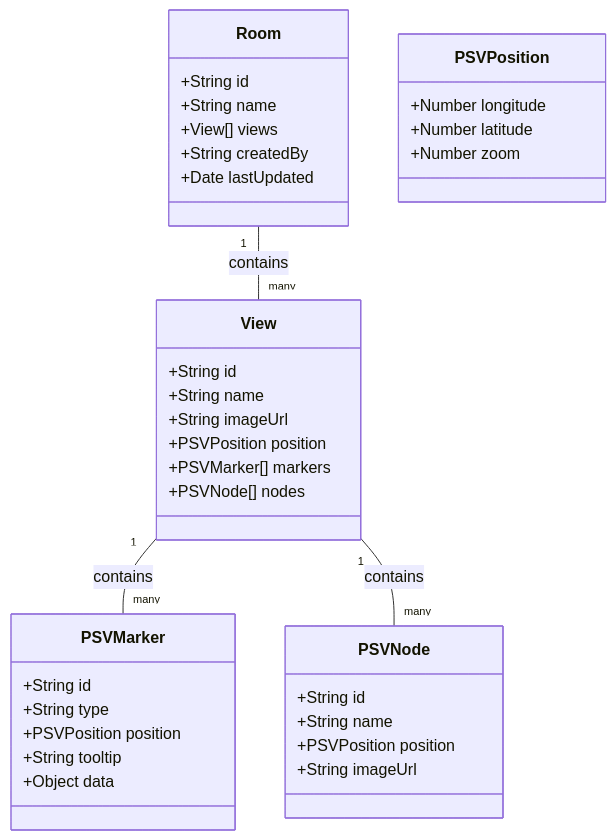
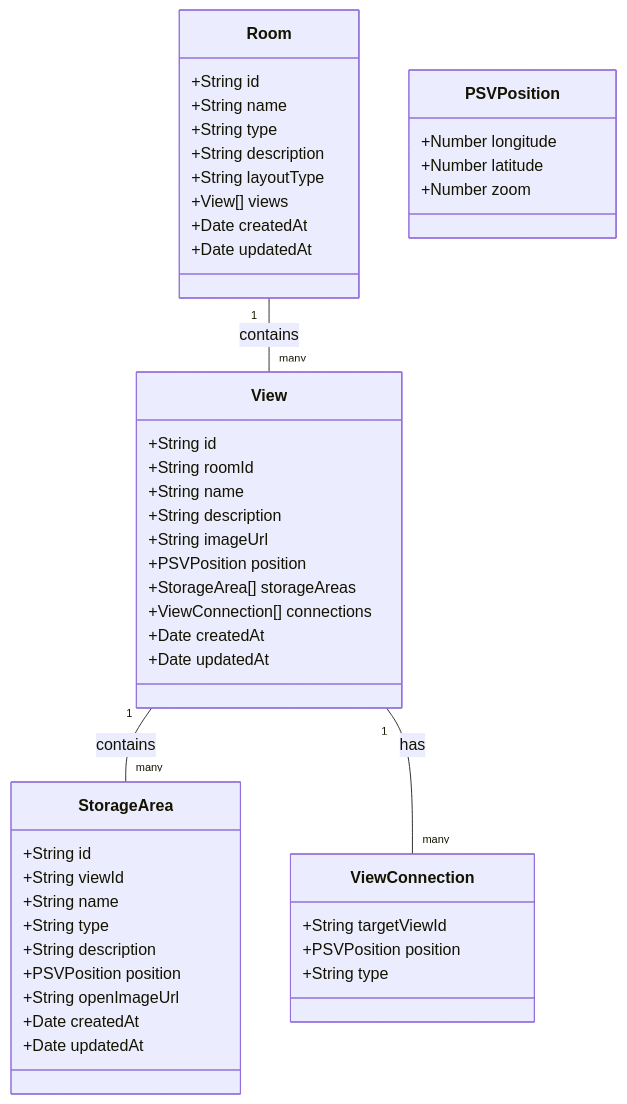
Before and after one commit to straiforos/kitchen-360: the first of 9 diagrams in docs/ARCHITECTURE.md, drawn with Mermaid. The commit also changed other lines of this file and 1 other file, not shown here.

First line of the commit message:
Enhance architecture documentation with StorageArea and ViewConnection models

````diff
--- a/docs/ARCHITECTURE.md
+++ b/docs/ARCHITECTURE.md
@@ -44,44 +44,54 @@
 ```mermaid
 classDiagram
     class Room {
         +String id
         +String name
+        +String type
+        +String description
+        +String layoutType
         +View[] views
-        +String createdBy
-        +Date lastUpdated
+        +Date createdAt
+        +Date updatedAt
     }
 
     class View {
         +String id
+        +String roomId
         +String name
+        +String description
         +String imageUrl
         +PSVPosition position
-        +PSVMarker[] markers
-        +PSVNode[] nodes
+        +StorageArea[] storageAreas
+        +ViewConnection[] connections
+        +Date createdAt
+        +Date updatedAt
+    }
+
+    class StorageArea {
+        +String id
+        +String viewId
+        +String name
+        +String type
+        +String description
+        +PSVPosition position
+        +String openImageUrl
+        +Date createdAt
+        +Date updatedAt
     }
 
     class PSVPosition {
         +Number longitude
         +Number latitude
         +Number zoom
     }
 
-    class PSVNode {
-        +String id
-        +String name
+    class ViewConnection {
+        +String targetViewId
         +PSVPosition position
-        +String imageUrl
-    }
-
-    class PSVMarker {
-        +String id
         +String type
-        +PSVPosition position
-        +String tooltip
-        +Object data
     }
 
     Room "1" -- "many" View : contains
-    View "1" -- "many" PSVMarker : contains
-    View "1" -- "many" PSVNode : contains
+    View "1" -- "many" StorageArea : contains
+    View "1" -- "many" ViewConnection : has
 ```
````
